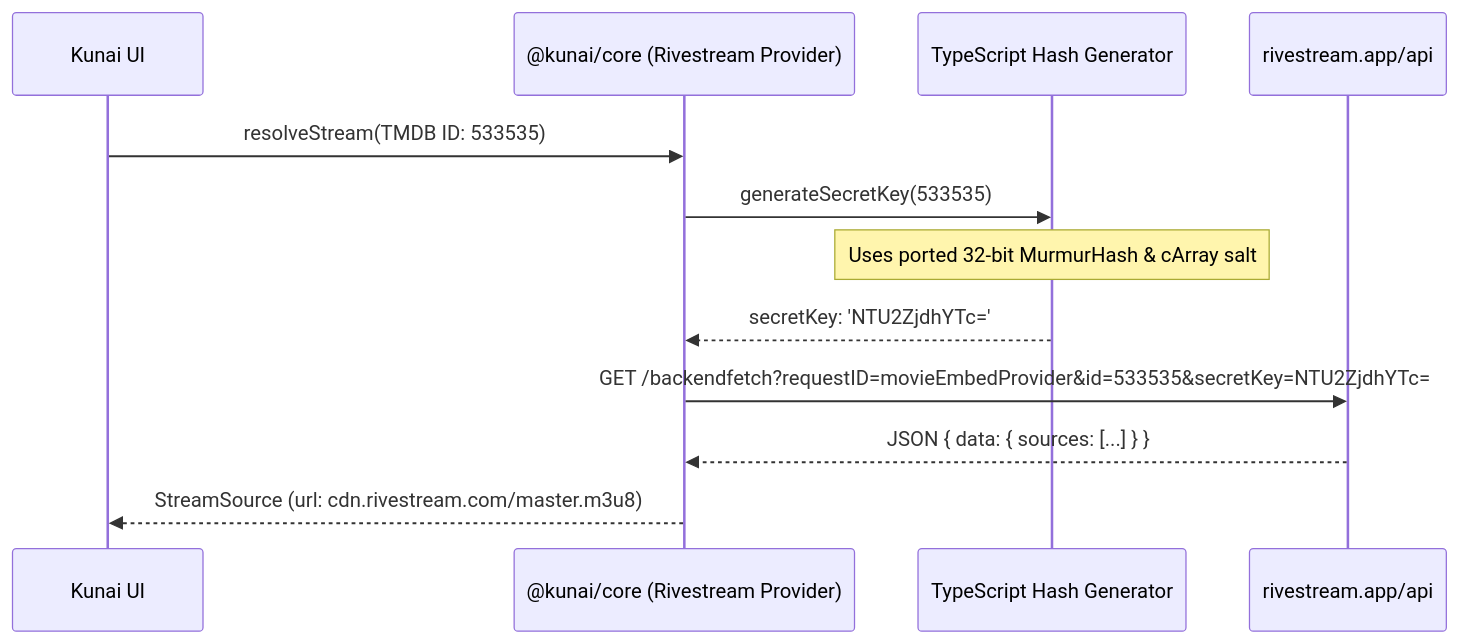
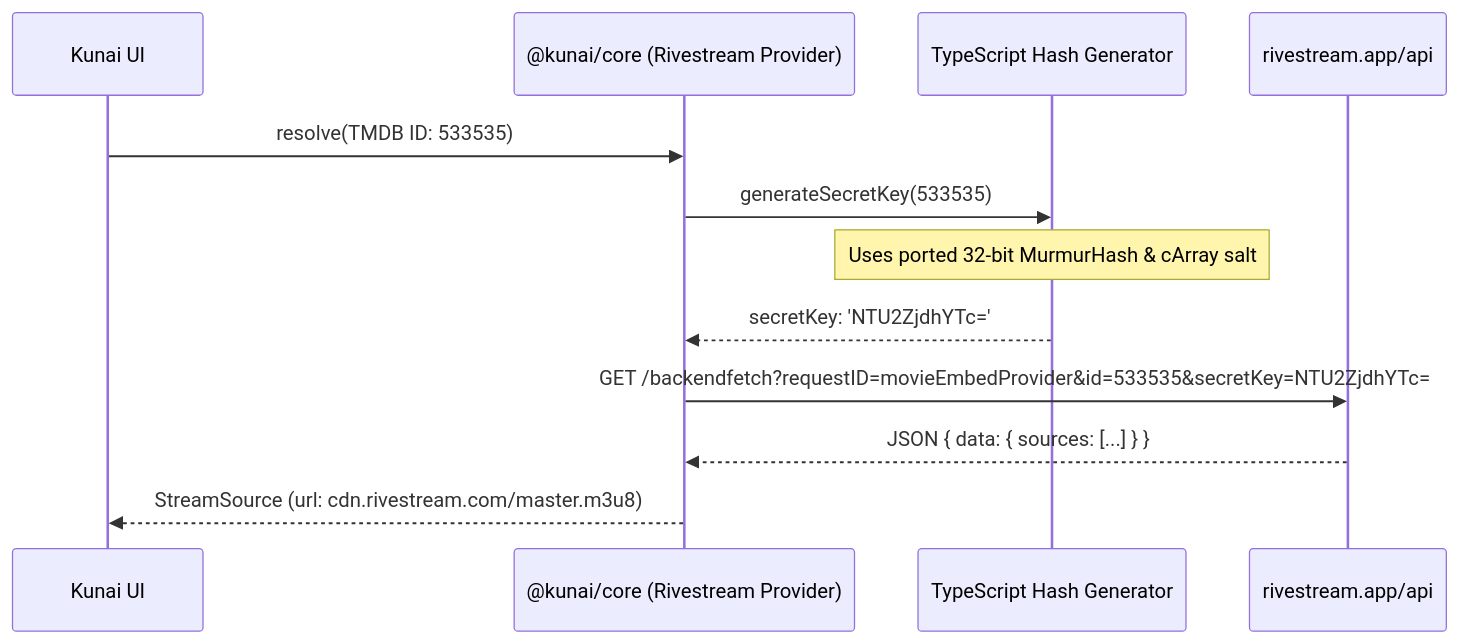
Before and after one commit to KitsuneKode/kunai: the fourth of 5 diagrams in .docs/provider-dossiers/PROVIDER_FLOW_DIAGRAMS.md, drawn with Mermaid. The commit also changed other lines of this file and 34 other files, not shown here.

````diff
--- a/.docs/provider-dossiers/PROVIDER_FLOW_DIAGRAMS.md
+++ b/.docs/provider-dossiers/PROVIDER_FLOW_DIAGRAMS.md
@@ -116,17 +116,17 @@
 ```mermaid
 sequenceDiagram
     participant UI as Kunai UI
     participant Core as @kunai/core (Rivestream Provider)
     participant Hash as TypeScript Hash Generator
     participant API as rivestream.app/api
 
-    UI->>Core: resolveStream(TMDB ID: 533535)
+    UI->>Core: resolve(TMDB ID: 533535)
     Core->>Hash: generateSecretKey(533535)
     Note over Hash: Uses ported 32-bit MurmurHash & cArray salt
     Hash-->>Core: secretKey: 'NTU2ZjdhYTc='
 
     Core->>API: GET /backendfetch?requestID=movieEmbedProvider&id=533535&secretKey=NTU2ZjdhYTc=
     API-->>Core: JSON { data: { sources: [...] } }
 
     Core-->>UI: StreamSource (url: cdn.rivestream.com/master.m3u8)
 ```
````
